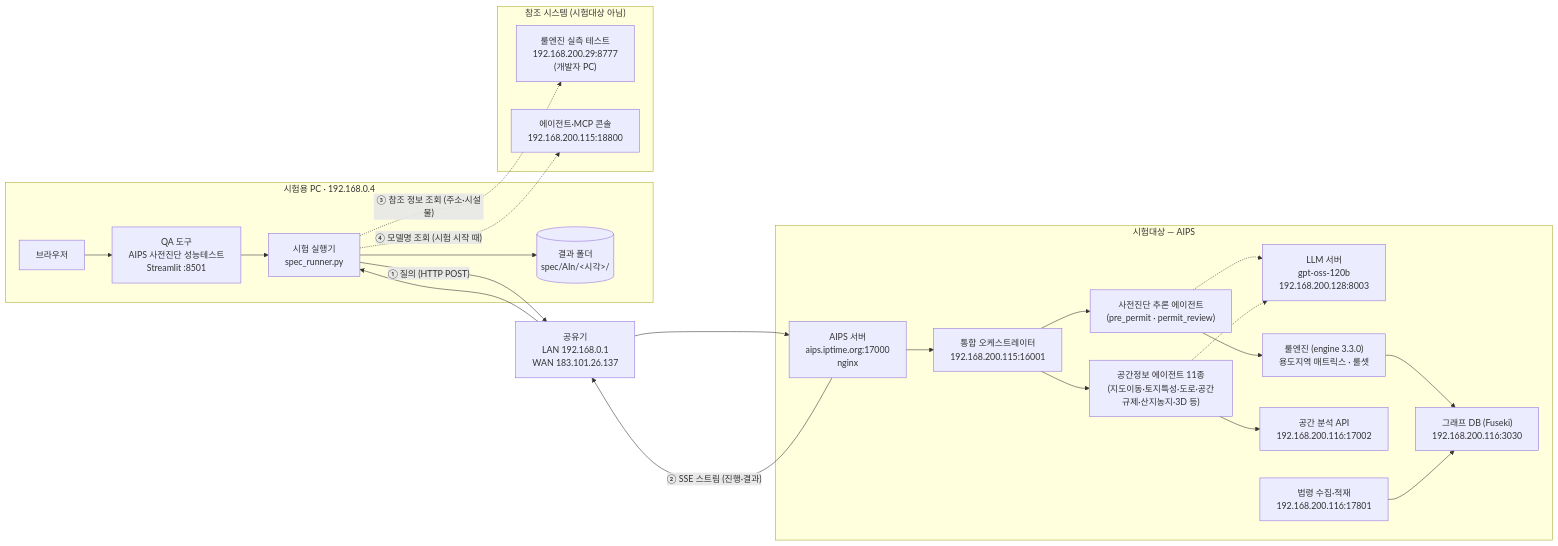
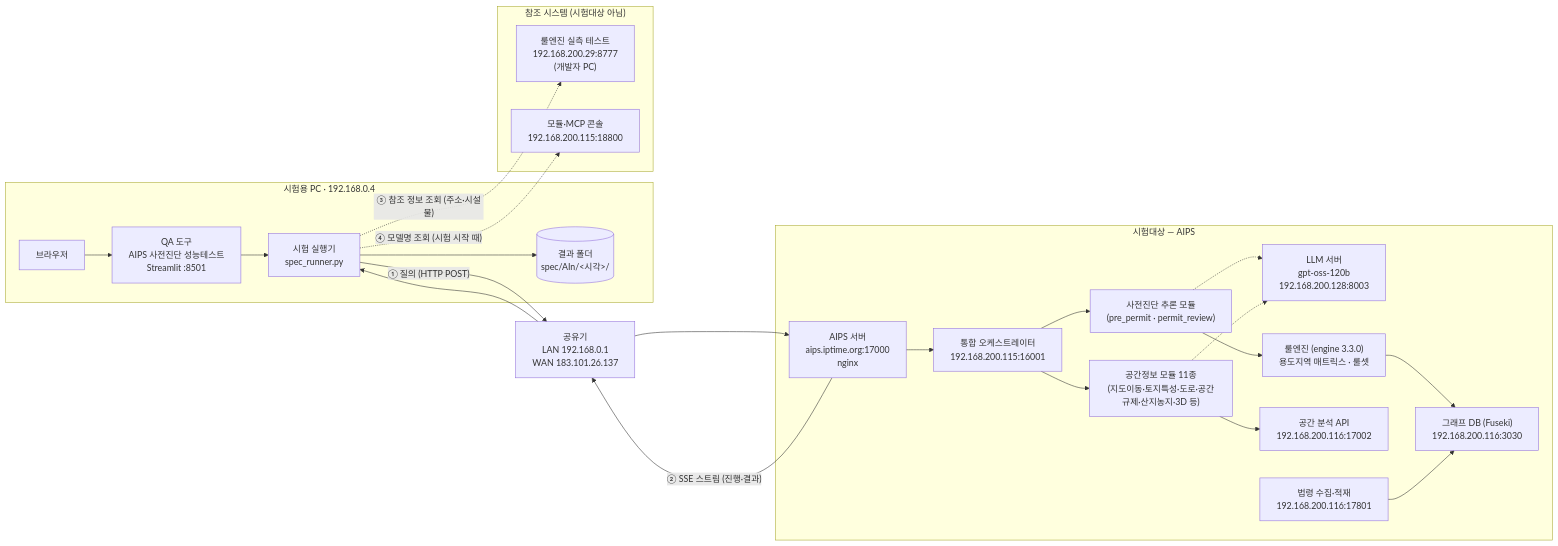
The first of 2 diagrams in SYSTEM_ARCHITECTURE.md (eunkyeoung/nipa_ai_eval), drawn with Mermaid before and after one commit. The commit also changed other lines of this file and 4 other files, not shown here.

````diff
--- a/SYSTEM_ARCHITECTURE.md
+++ b/SYSTEM_ARCHITECTURE.md
@@ -15,41 +15,41 @@
 ```mermaid
 flowchart LR
     subgraph PC["시험용 PC · 192.168.0.4"]
         BR["브라우저"] --> APP["QA 도구<br/>AIPS 사전진단 성능테스트<br/>Streamlit :8501"]
         APP --> RUN["시험 실행기<br/>spec_runner.py"]
         RUN --> FS[("결과 폴더<br/>spec/AIn/&lt;시각&gt;/")]
     end
 
     RT["공유기<br/>LAN 192.168.0.1<br/>WAN 183.101.26.137"]
 
     subgraph SUT["시험대상 — AIPS"]
         WEB["AIPS 서버<br/>aips.iptime.org:17000<br/>nginx"]
         ORC["통합 오케스트레이터<br/>192.168.200.115:16001"]
-        PP["사전진단 추론 에이전트<br/>(pre_permit · permit_review)"]
-        SPA["공간정보 에이전트 11종<br/>(지도이동·토지특성·도로·공간규제·산지농지·3D 등)"]
+        PP["사전진단 추론 모듈<br/>(pre_permit · permit_review)"]
+        SPA["공간정보 모듈 11종<br/>(지도이동·토지특성·도로·공간규제·산지농지·3D 등)"]
         LLM["LLM 서버<br/>gpt-oss-120b<br/>192.168.200.128:8003"]
         ENG["룰엔진 (engine 3.3.0)<br/>용도지역 매트릭스 · 룰셋"]
         GEO["공간 분석 API<br/>192.168.200.116:17002"]
         LAW["법령 수집·적재<br/>192.168.200.116:17801"]
         FUS["그래프 DB (Fuseki)<br/>192.168.200.116:3030"]
         WEB --> ORC
         ORC --> PP
         ORC --> SPA
         PP --> ENG
         SPA --> GEO
         PP -.-> LLM
         SPA -.-> LLM
         ENG --> FUS
         LAW --> FUS
     end
 
     subgraph REF["참조 시스템 (시험대상 아님)"]
         R8777["룰엔진 실측 테스트<br/>192.168.200.29:8777<br/>(개발자 PC)"]
-        CON["에이전트·MCP 콘솔<br/>192.168.200.115:18800"]
+        CON["모듈·MCP 콘솔<br/>192.168.200.115:18800"]
     end
 
     RUN -- "① 질의 (HTTP POST)" --> RT --> WEB
     WEB -- "② SSE 스트림 (진행·결과)" --> RT --> RUN
     RUN -. "③ 참조 정보 조회 (주소·시설물)" .-> R8777
     RUN -. "④ 모델명 조회 (시험 시작 때)" .-> CON
 ```
````
